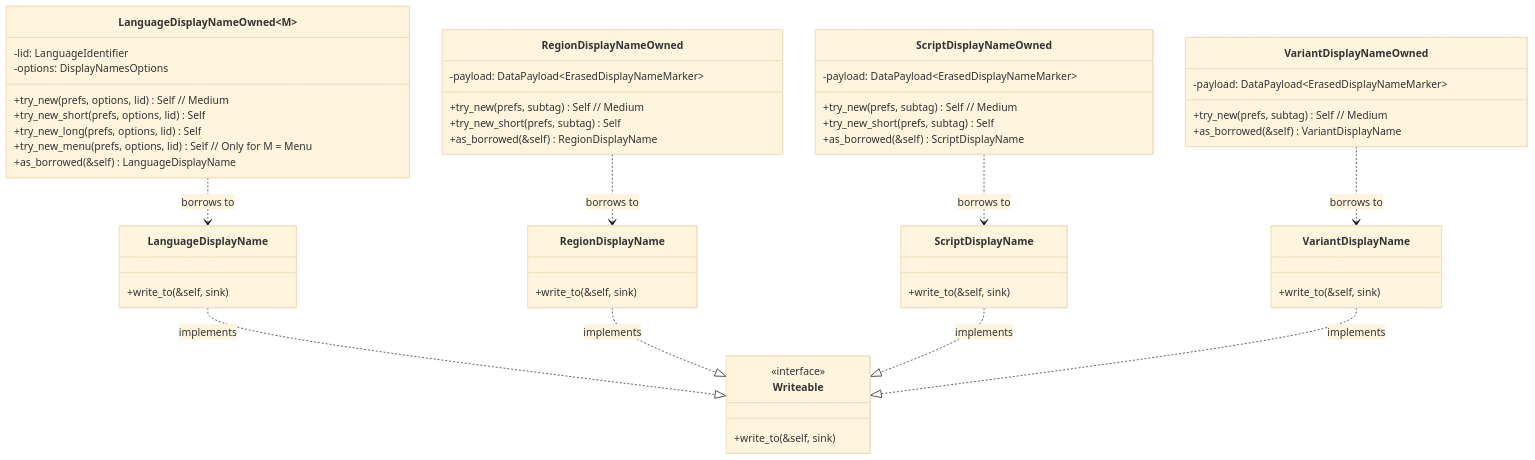
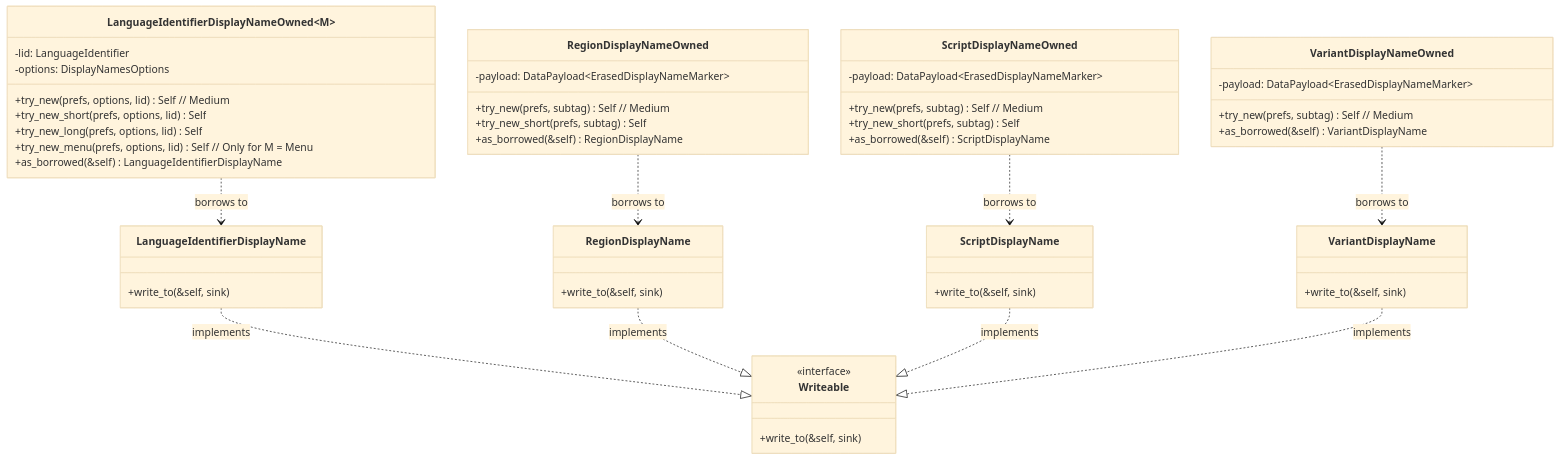
The diagram in components/experimental/src/displaynames/single/README.md (unicode-org/icu4x), drawn with Mermaid (base theme) before and after one commit. The commit also changed other lines of this file and 3 other files, not shown here.

First line of the commit message:
🤖 Rename components to LanguageIdentifierDisplayName

````diff
--- a/components/experimental/src/displaynames/single/README.md
+++ b/components/experimental/src/displaynames/single/README.md
@@ -13,57 +13,57 @@
 ```mermaid
 classDiagram
     class Writeable {
         <<interface>>
         +write_to(&self, sink)
     }
 
-    class LanguageDisplayNameOwned~M~ {
+    class LanguageIdentifierDisplayNameOwned~M~ {
         -lid: LanguageIdentifier
         -options: DisplayNamesOptions
         +try_new(prefs, options, lid) Self  // Medium
         +try_new_short(prefs, options, lid) Self
         +try_new_long(prefs, options, lid) Self
         +try_new_menu(prefs, options, lid) Self // Only for M = Menu
-        +as_borrowed(&self) LanguageDisplayName
+        +as_borrowed(&self) LanguageIdentifierDisplayName
     }
-    class LanguageDisplayName {
+    class LanguageIdentifierDisplayName {
         +write_to(&self, sink)
     }
-    LanguageDisplayNameOwned ..> LanguageDisplayName : borrows to
-    LanguageDisplayName ..|> Writeable : implements
+    LanguageIdentifierDisplayNameOwned ..> LanguageIdentifierDisplayName : borrows to
+    LanguageIdentifierDisplayName ..|> Writeable : implements
 
     class RegionDisplayNameOwned {
         -payload: DataPayload~ErasedDisplayNameMarker~
         +try_new(prefs, subtag) Self // Medium
         +try_new_short(prefs, subtag) Self
         +as_borrowed(&self) RegionDisplayName
     }
     class RegionDisplayName {
         +write_to(&self, sink)
     }
     RegionDisplayNameOwned ..> RegionDisplayName : borrows to
     RegionDisplayName ..|> Writeable : implements
 
     class ScriptDisplayNameOwned {
         -payload: DataPayload~ErasedDisplayNameMarker~
         +try_new(prefs, subtag) Self // Medium
         +try_new_short(prefs, subtag) Self
         +as_borrowed(&self) ScriptDisplayName
     }
     class ScriptDisplayName {
         +write_to(&self, sink)
     }
     ScriptDisplayNameOwned ..> ScriptDisplayName : borrows to
     ScriptDisplayName ..|> Writeable : implements
 
     class VariantDisplayNameOwned {
         -payload: DataPayload~ErasedDisplayNameMarker~
         +try_new(prefs, subtag) Self // Medium
         +as_borrowed(&self) VariantDisplayName
     }
     class VariantDisplayName {
         +write_to(&self, sink)
     }
     VariantDisplayNameOwned ..> VariantDisplayName : borrows to
     VariantDisplayName ..|> Writeable : implements
 ```
````
